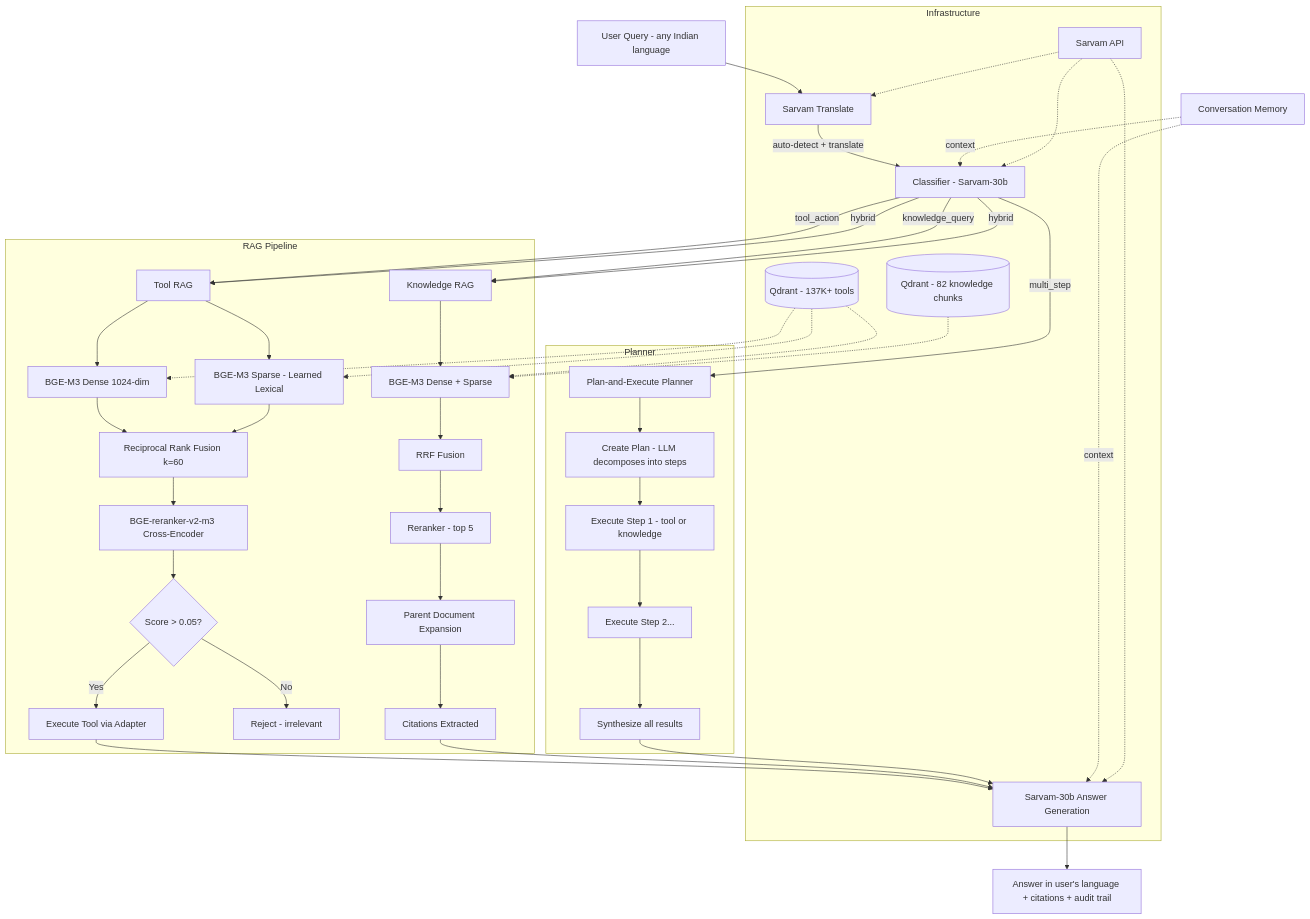
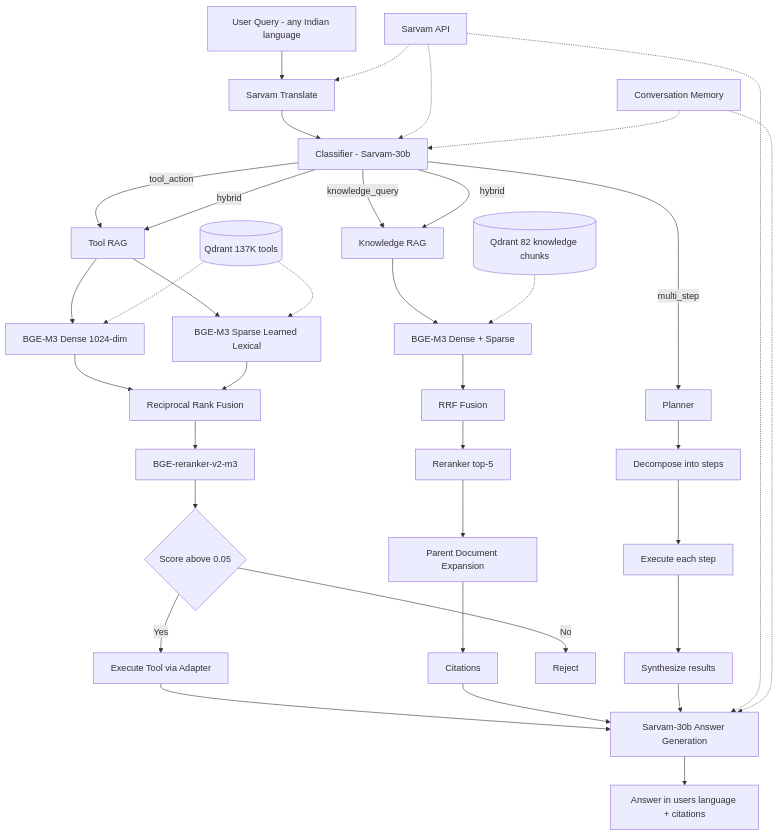
Before and after one commit to Sathvik-1007/jantar: the diagram in README.md, drawn with Mermaid.

Commit message:
fix: simplify mermaid diagram for GitHub rendering

````diff
--- a/README.md
+++ b/README.md
@@ -382,44 +382,43 @@
 ```mermaid
 flowchart TD
-A[User Query - any Indian language] --> B[Sarvam Translate]
-B -->|auto-detect + translate| C[Classifier - Sarvam-30b]
-C -->|tool_action| D[Tool RAG]
-C -->|knowledge_query| E[Knowledge RAG]
-C -->|hybrid| D & E
-C -->|multi_step| P[Plan-and-Execute Planner]
+    A[User Query - any Indian language] --> B[Sarvam Translate]
+    B --> C[Classifier - Sarvam-30b]
+    C -->|tool_action| D[Tool RAG]
+    C -->|knowledge_query| E[Knowledge RAG]
+    C -->|hybrid| D
+    C -->|hybrid| E
+    C -->|multi_step| P[Planner]
 
-subgraph Planner
-    P --> P1[Create Plan - LLM decomposes into steps]
-    P1 --> P2[Execute Step 1 - tool or knowledge]
-    P2 --> P3[Execute Step 2...]
-    P3 --> P4[Synthesize all results]
-end
+    P --> P1[Decompose into steps]
+    P1 --> P2[Execute each step]
+    P2 --> P4[Synthesize results]
 
-subgraph RAG_Pipeline[RAG Pipeline]
     D --> D1[BGE-M3 Dense 1024-dim]
-    D --> D2[BGE-M3 Sparse - Learned Lexical]
-    D1 & D2 --> D3[Reciprocal Rank Fusion k=60]
-    D3 --> D4[BGE-reranker-v2-m3 Cross-Encoder]
-    D4 --> D5{Score > 0.05?}
+    D --> D2[BGE-M3 Sparse Learned Lexical]
+    D1 --> D3[Reciprocal Rank Fusion]
+    D2 --> D3
+    D3 --> D4[BGE-reranker-v2-m3]
+    D4 --> D5{Score above 0.05}
     D5 -->|Yes| D6[Execute Tool via Adapter]
-    D5 -->|No| D7[Reject - irrelevant]
+    D5 -->|No| D7[Reject]
 
     E --> E1[BGE-M3 Dense + Sparse]
     E1 --> E2[RRF Fusion]
-    E2 --> E3[Reranker - top 5]
+    E2 --> E3[Reranker top-5]
     E3 --> E4[Parent Document Expansion]
-    E4 --> E5[Citations Extracted]
-end
+    E4 --> E5[Citations]
 
-D6 --> F[Sarvam-30b Answer Generation]
-E5 --> F
-P4 --> F
-M[Conversation Memory] -.->|context| C & F
-F --> G[Answer in user's language + citations + audit trail]
+    D6 --> F[Sarvam-30b Answer Generation]
+    E5 --> F
+    P4 --> F
+    F --> G[Answer in users language + citations]
 
-subgraph Infrastructure
-    H[(Qdrant - 137K+ tools)] -.-> D1 & D2 & E1
-    J[Sarvam API] -.-> B & C & F
-    K[(Qdrant - 82 knowledge chunks)] -.-> E1
-end
+    H[(Qdrant 137K tools)] -.-> D1
+    H -.-> D2
+    K[(Qdrant 82 knowledge chunks)] -.-> E1
+    J[Sarvam API] -.-> B
+    J -.-> C
+    J -.-> F
+    M[Conversation Memory] -.-> C
+    M -.-> F
 ```
````
